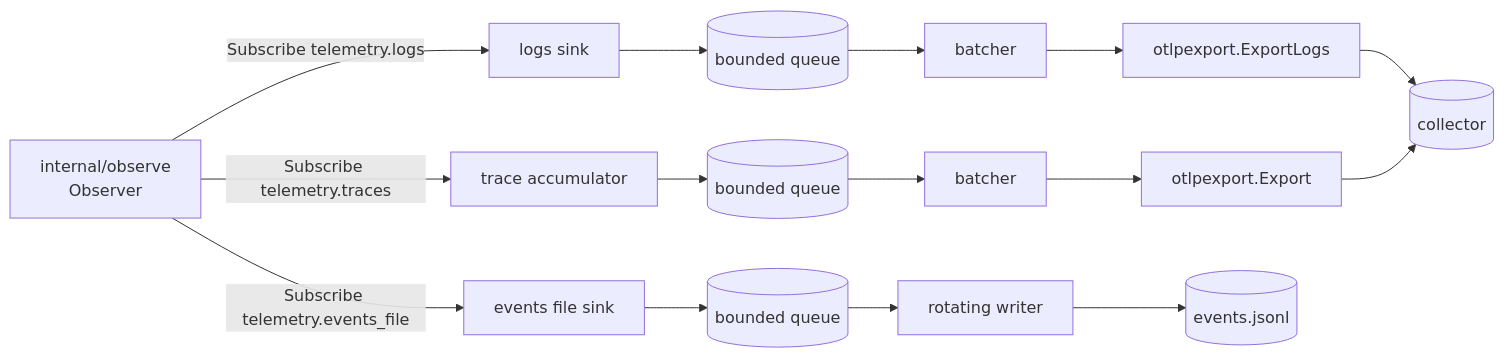
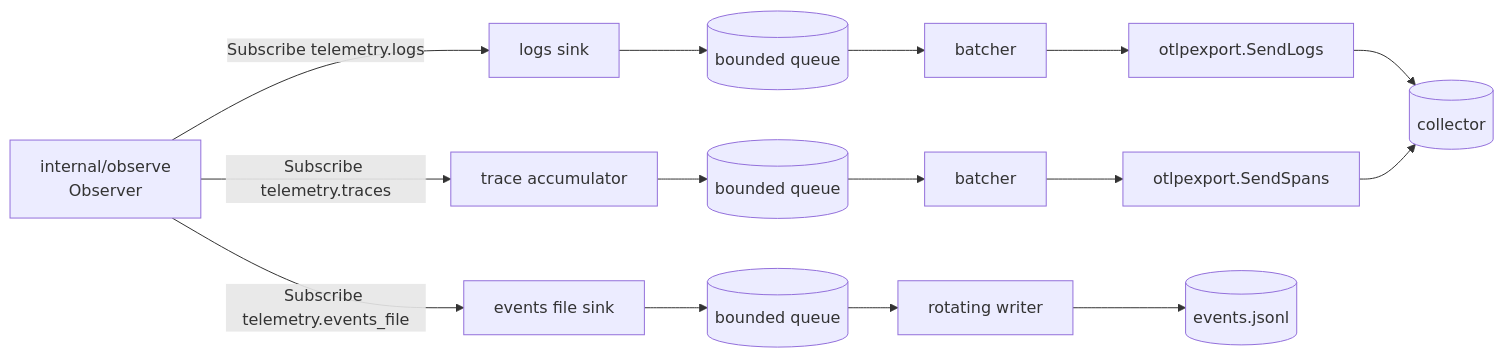
One commit to stump-wtf/harness changed the diagram in docs/openspec/specs/telemetry-export/design.md. Above: the diagram before and after it, drawn with Mermaid. The commit also changed other lines of this file and 1 other file, not shown here.

````diff
--- a/docs/openspec/specs/telemetry-export/design.md
+++ b/docs/openspec/specs/telemetry-export/design.md
@@ -11,12 +11,12 @@
 ```mermaid
 flowchart LR
   obs[internal/observe<br/>Observer] -->|Subscribe telemetry.logs| L[logs sink]
   obs -->|Subscribe telemetry.traces| T[trace accumulator]
   obs -->|Subscribe telemetry.events_file| F[events file sink]
-  L --> LQ[(bounded queue)] --> LB[batcher] --> LX[otlpexport.ExportLogs]
-  T --> TQ[(bounded queue)] --> TB[batcher] --> TX[otlpexport.Export]
+  L --> LQ[(bounded queue)] --> LB[batcher] --> LX[otlpexport.SendLogs]
+  T --> TQ[(bounded queue)] --> TB[batcher] --> TX[otlpexport.SendSpans]
   F --> FQ[(bounded queue)] --> FW[rotating writer]
   LX --> C[(collector)]
   TX --> C
   FW --> D[(events.jsonl)]
 ```
````
